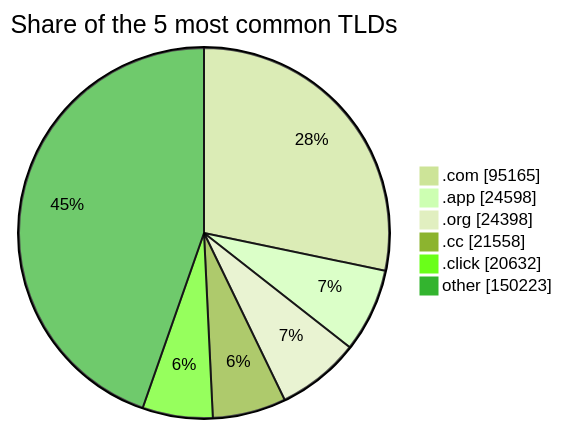
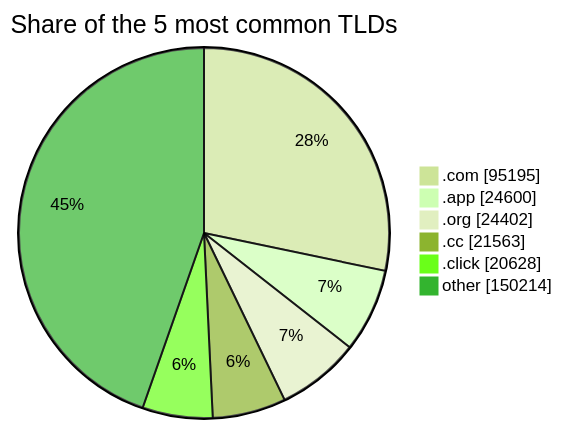
The third of 3 diagrams in README.md (DNSBunker/CTI), drawn with Mermaid (forest theme) before and after one commit. The commit also changed other lines of this file and 4 other files, not shown here.

````diff
--- a/README.md
+++ b/README.md
@@ -81,9 +81,9 @@
 ```mermaid
 pie showData title Share of the 5 most common TLDs
-    ".com" : 95165
-    ".app" : 24598
-    ".org" : 24398
-    ".cc" : 21558
-    ".click" : 20632
-    "other" : 150223
+    ".com" : 95195
+    ".app" : 24600
+    ".org" : 24402
+    ".cc" : 21563
+    ".click" : 20628
+    "other" : 150214
 ```
````
